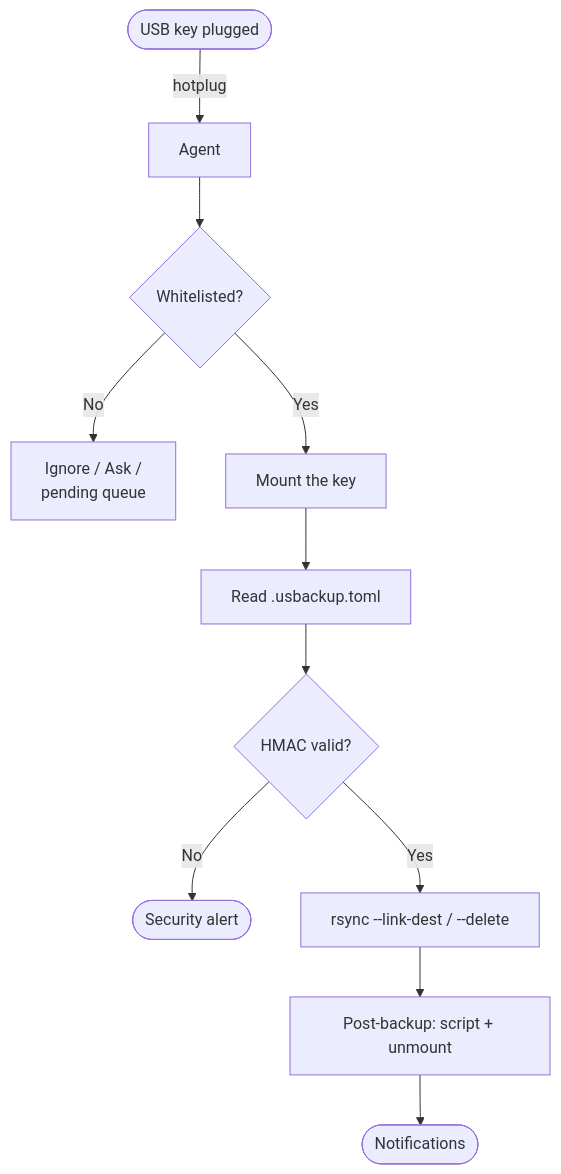
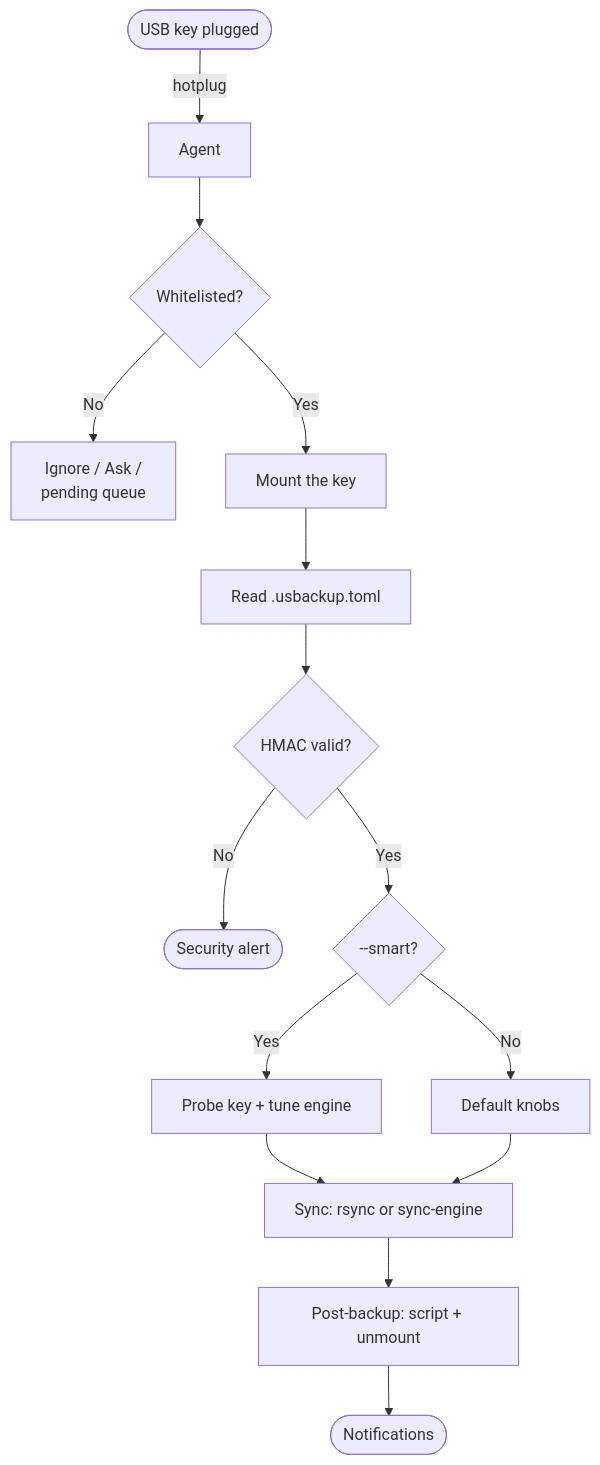
The diagram in README.md (YoannDev90/USBackup), drawn with Mermaid before and after one commit.

Commit message:
docs: update mermaid flowchart for --smart and sync engine

````diff
--- a/README.md
+++ b/README.md
@@ -102,13 +102,17 @@
 ```mermaid
 flowchart TB
     A([USB key plugged]) -->|hotplug| B[Agent]
     B --> C{Whitelisted?}
     C -->|No| D[Ignore / Ask /<br/>pending queue]
     C -->|Yes| E[Mount the key]
     E --> F[Read .usbackup.toml]
     F --> G{HMAC valid?}
     G -->|No| H([Security alert])
-    G -->|Yes| I[rsync --link-dest / --delete]
+    G -->|Yes| S{--smart?}
+    S -->|Yes| T[Probe key + tune engine]
+    S -->|No| U[Default knobs]
+    T --> I[Sync: rsync or sync-engine]
+    U --> I
     I --> J[Post-backup: script + unmount]
     J --> K([Notifications])
 ```
````
